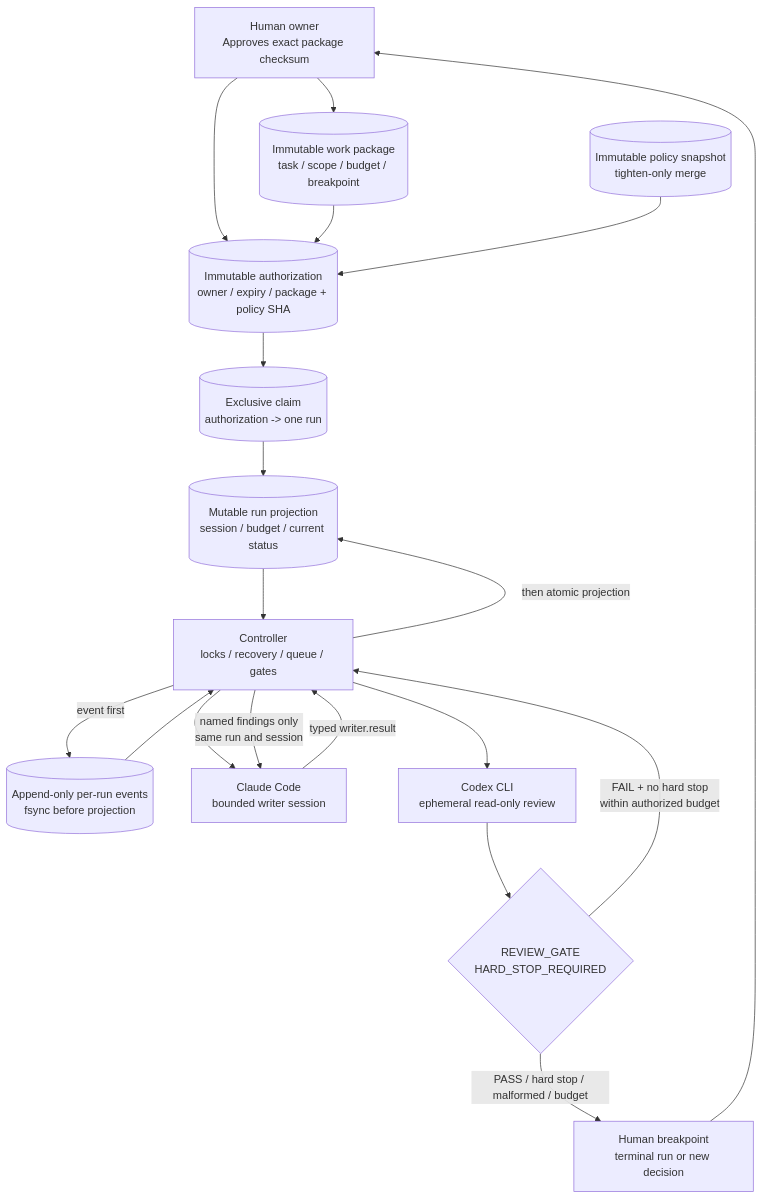
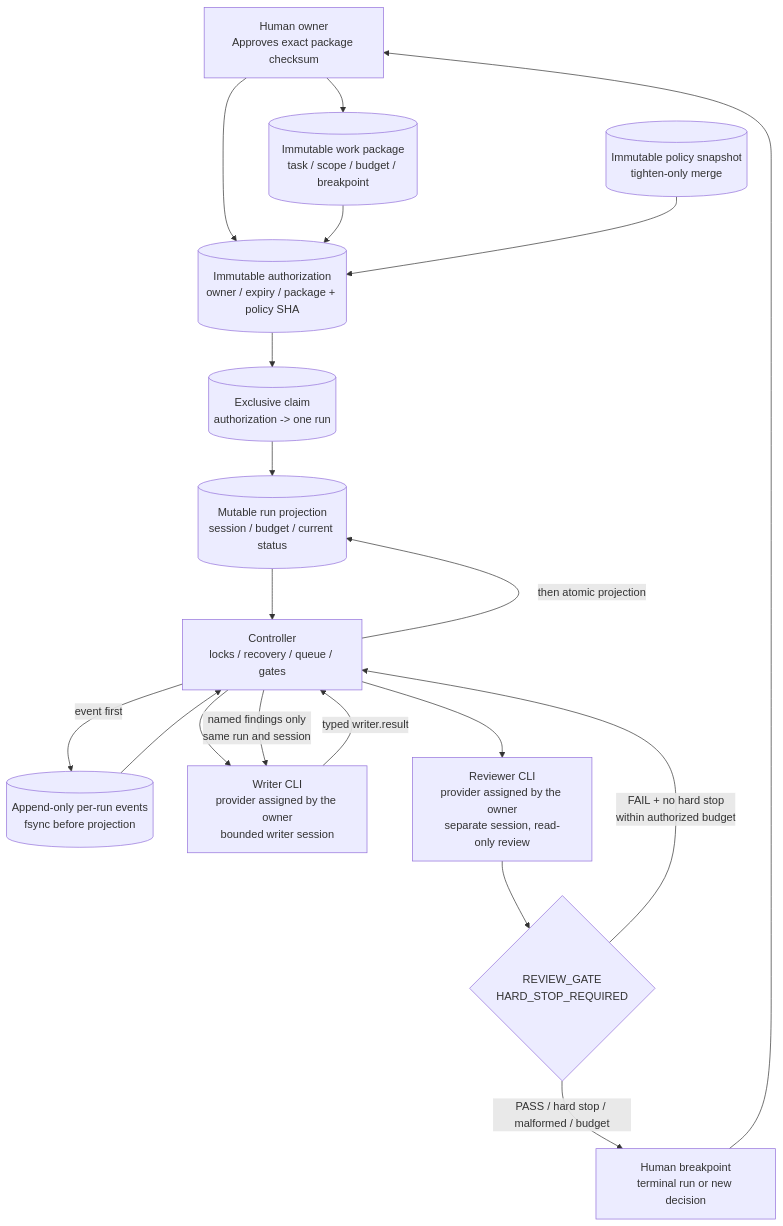
The diagram in docs/architecture.mmd (fortes1219/review-bridge), drawn with Mermaid before and after one commit. The commit also changed 1 other file, not shown here.

Commit message:
fix: show writer and reviewer as owner-assigned roles in the architecture diagram

```diff
--- a/docs/architecture.mmd
+++ b/docs/architecture.mmd
@@ -1,32 +1,32 @@
 flowchart TD
     O["Human owner<br/>Approves exact package checksum"]
     W[("Immutable work package<br/>task / scope / budget / breakpoint")]
     A[("Immutable authorization<br/>owner / expiry / package + policy SHA")]
     C[("Exclusive claim<br/>authorization -> one run")]
     S[("Immutable policy snapshot<br/>tighten-only merge")]
     U[("Mutable run projection<br/>session / budget / current status")]
     E[("Append-only per-run events<br/>fsync before projection")]
     K["Controller<br/>locks / recovery / queue / gates"]
-    CW["Claude Code<br/>bounded writer session"]
-    X["Codex CLI<br/>ephemeral read-only review"]
+    CW["Writer CLI<br/>provider assigned by the owner<br/>bounded writer session"]
+    X["Reviewer CLI<br/>provider assigned by the owner<br/>separate session, read-only review"]
     G{"REVIEW_GATE<br/>HARD_STOP_REQUIRED"}
     B["Human breakpoint<br/>terminal run or new decision"]
 
     O --> W
     O --> A
     W --> A
     S --> A
     A --> C
     C --> U
     U --> K
     E --> K
     K -->|"event first"| E
     K -->|"then atomic projection"| U
     K --> CW
     CW -->|"typed writer.result"| K
     K --> X
     X --> G
     G -->|"FAIL + no hard stop<br/>within authorized budget"| K
     K -->|"named findings only<br/>same run and session"| CW
     G -->|"PASS / hard stop / malformed / budget"| B
     B --> O
```
